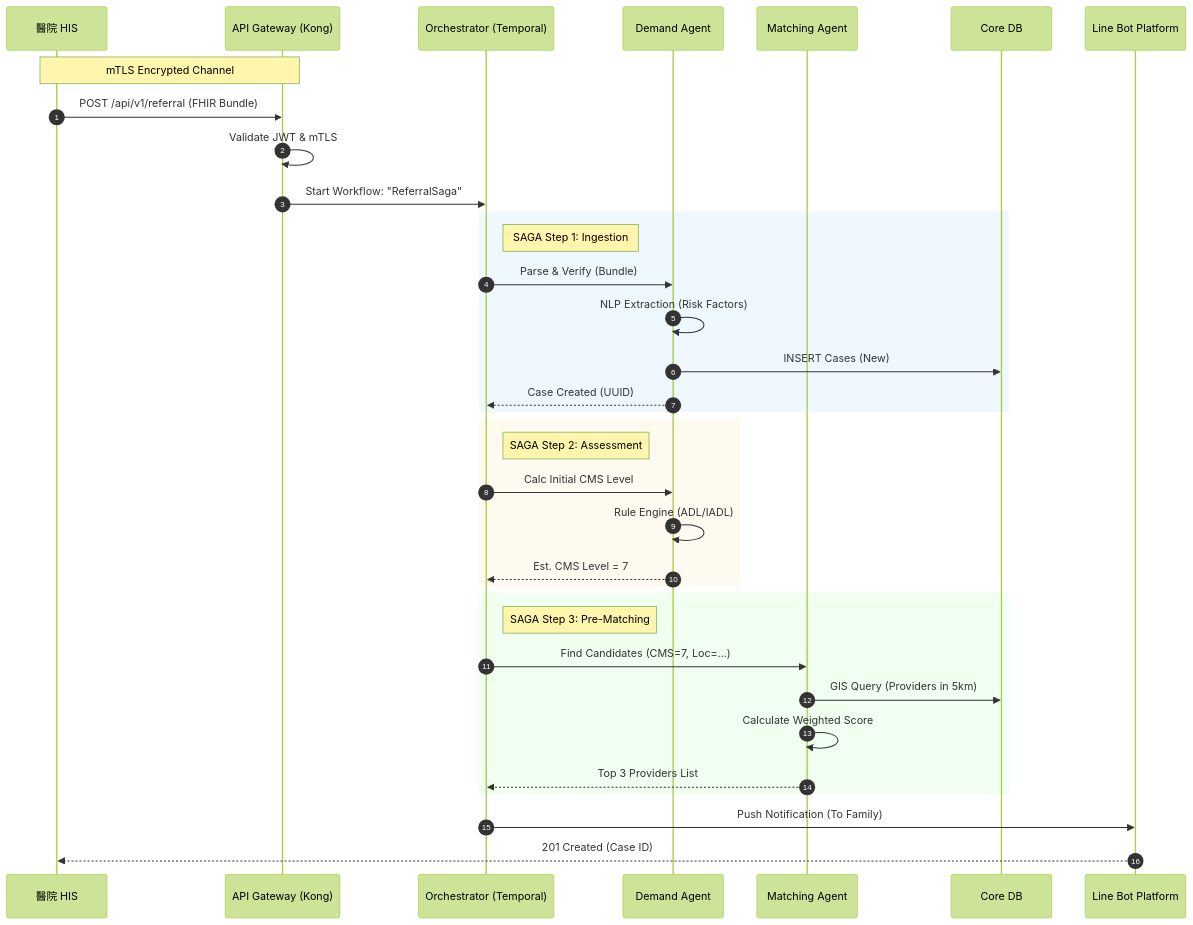
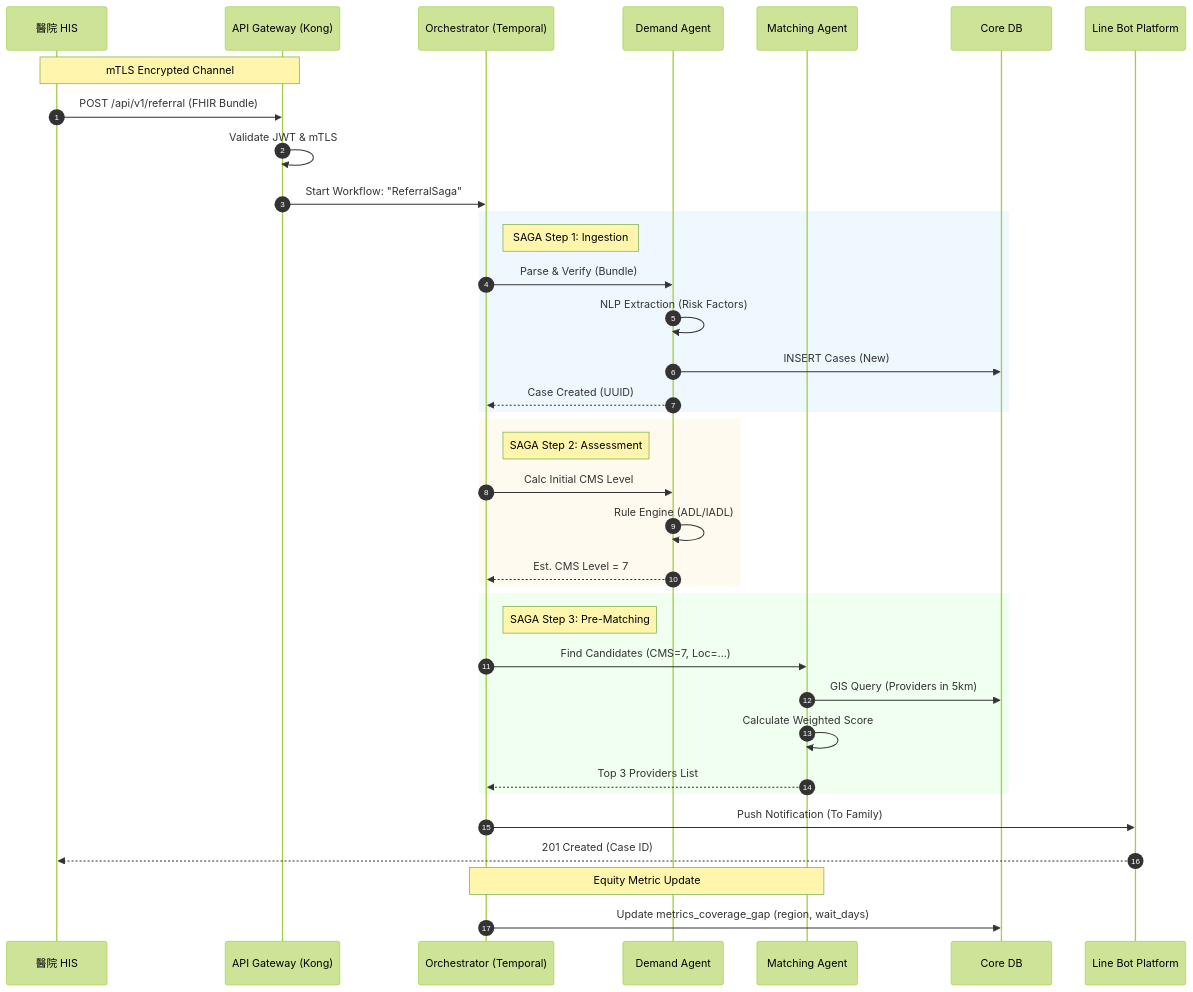
One commit to greateyin/ltc-project-polaris changed the first of 3 diagrams in 02_System_Analysis/04_Sequence_Diagrams.md. Above: the diagram before and after it, drawn with Mermaid (forest theme). The commit also changed 12 other files, not shown here.

Commit message:
Enhance documentation and specifications for equity and workforce monitoring metrics, including new database tables, API endpoints, and compliance guidelines.

````diff
--- a/02_System_Analysis/04_Sequence_Diagrams.md
+++ b/02_System_Analysis/04_Sequence_Diagrams.md
@@ -9,44 +9,47 @@
 ```mermaid
 sequenceDiagram
     autonumber
     
     participant HIS as 醫院 HIS
     participant GW as API Gateway (Kong)
     participant Orch as Orchestrator (Temporal)
     participant Ag_D as Demand Agent
     participant Ag_M as Matching Agent
     participant DB as Core DB
     participant Line as Line Bot Platform
 
     Note over HIS, GW: mTLS Encrypted Channel
 
     HIS->>GW: POST /api/v1/referral (FHIR Bundle)
     GW->>GW: Validate JWT & mTLS
     GW->>Orch: Start Workflow: "ReferralSaga"
     
     rect rgb(240, 248, 255)
         note right of Orch: SAGA Step 1: Ingestion
         Orch->>Ag_D: Parse & Verify (Bundle)
         Ag_D->>Ag_D: NLP Extraction (Risk Factors)
         Ag_D->>DB: INSERT Cases (New)
         Ag_D-->>Orch: Case Created (UUID)
     end
     
     rect rgb(255, 250, 240)
         note right of Orch: SAGA Step 2: Assessment
         Orch->>Ag_D: Calc Initial CMS Level
         Ag_D->>Ag_D: Rule Engine (ADL/IADL)
         Ag_D-->>Orch: Est. CMS Level = 7
     end
 
     rect rgb(240, 255, 240)
         note right of Orch: SAGA Step 3: Pre-Matching
         Orch->>Ag_M: Find Candidates (CMS=7, Loc=...)
         Ag_M->>DB: GIS Query (Providers in 5km)
         Ag_M->>Ag_M: Calculate Weighted Score
         Ag_M-->>Orch: Top 3 Providers List
     end
 
     Orch->>Line: Push Notification (To Family)
     Line-->>HIS: 201 Created (Case ID)
+
+    Note over Orch, Ag_M: Equity Metric Update
+    Orch->>DB: Update metrics_coverage_gap (region, wait_days)
 ```
````
